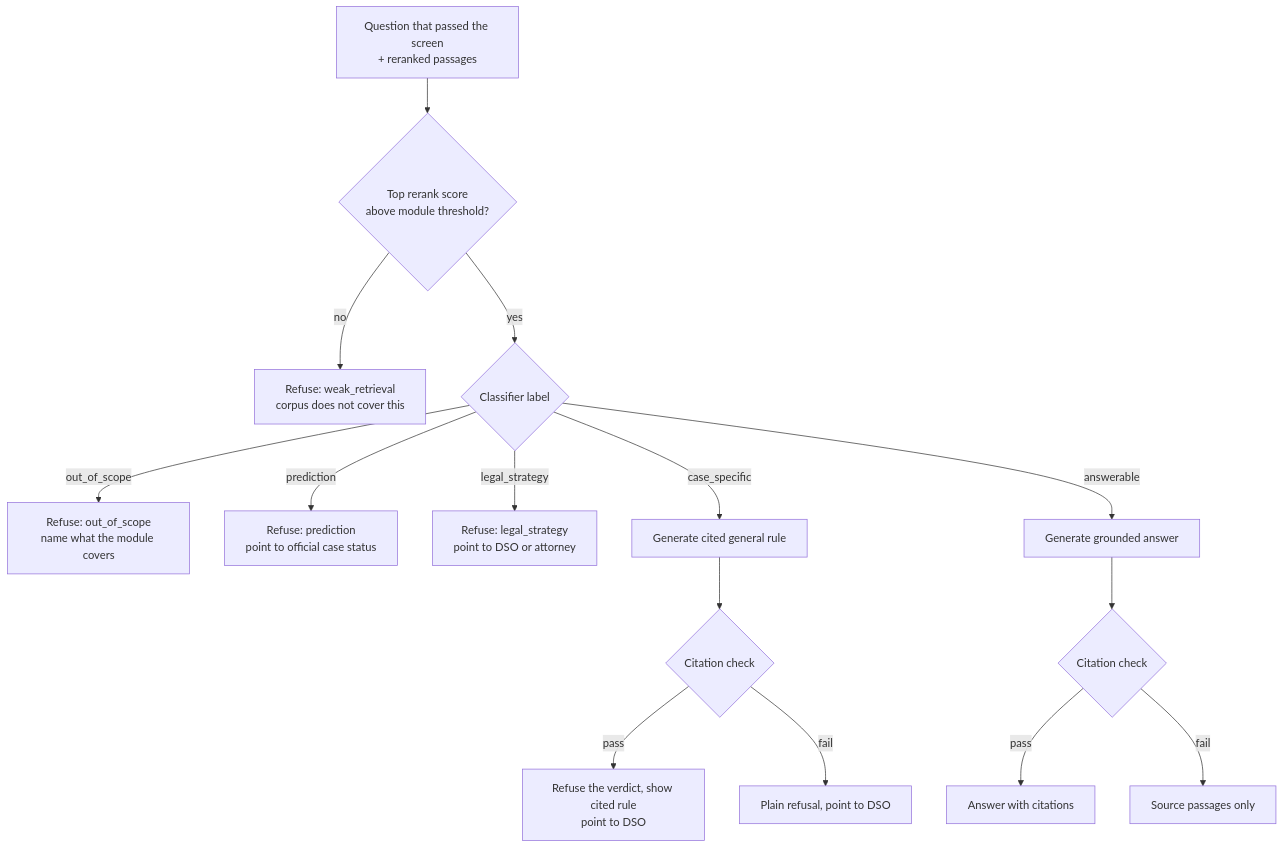
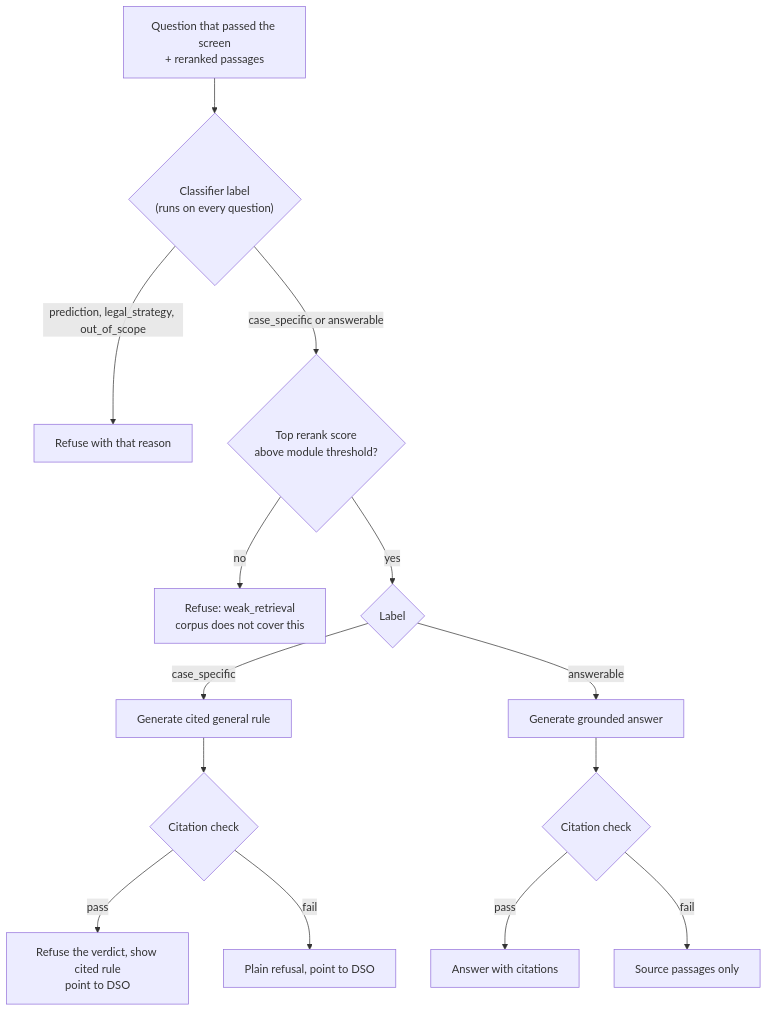
The fifth of 6 diagrams in docs/core/Architecture.md (hemanta12/f1-waypoint), drawn with Mermaid before and after one commit. The commit also changed other lines of this file and 5 other files, not shown here.

````diff
--- a/docs/core/Architecture.md
+++ b/docs/core/Architecture.md
@@ -118,17 +122,16 @@
 ```mermaid
 flowchart TD
-  Q["Question that passed the screen<br/>+ reranked passages"] --> T{"Top rerank score<br/>above module threshold?"}
+  Q["Question that passed the screen<br/>+ reranked passages"] --> C{"Classifier label<br/>(runs on every question)"}
+  C -->|"prediction, legal_strategy, out_of_scope"| RN["Refuse with that reason"]
+  C -->|"case_specific or answerable"| T{"Top rerank score<br/>above module threshold?"}
   T -->|"no"| R4["Refuse: weak_retrieval<br/>corpus does not cover this"]
-  T -->|"yes"| C{"Classifier label"}
-  C -->|"out_of_scope"| R1["Refuse: out_of_scope<br/>name what the module covers"]
-  C -->|"prediction"| R2["Refuse: prediction<br/>point to official case status"]
-  C -->|"legal_strategy"| R5["Refuse: legal_strategy<br/>point to DSO or attorney"]
-  C -->|"case_specific"| G3["Generate cited general rule"]
-  C -->|"answerable"| G0["Generate grounded answer"]
+  T -->|"yes"| D{"Label"}
+  D -->|"case_specific"| G3["Generate cited general rule"]
+  D -->|"answerable"| G0["Generate grounded answer"]
   G3 --> K3{"Citation check"}
   K3 -->|"pass"| R3["Refuse the verdict, show cited rule<br/>point to DSO"]
   K3 -->|"fail"| R3b["Plain refusal, point to DSO"]
   G0 --> K0{"Citation check"}
   K0 -->|"pass"| A0["Answer with citations"]
   K0 -->|"fail"| A1["Source passages only"]
 ```
````
